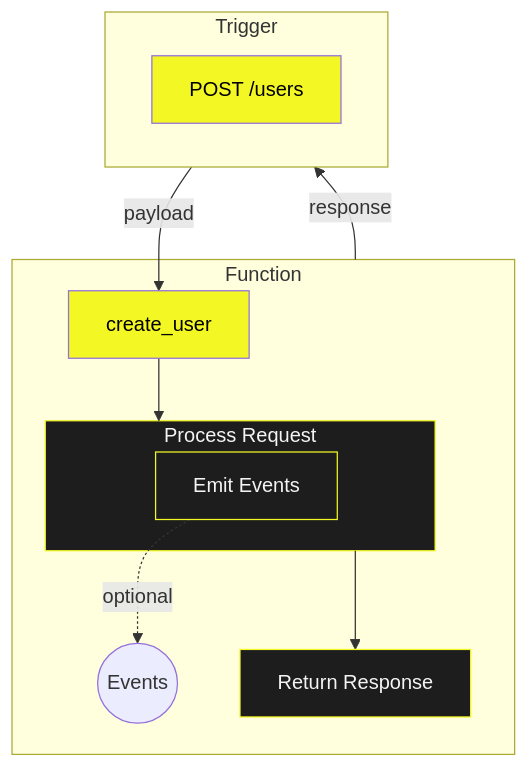
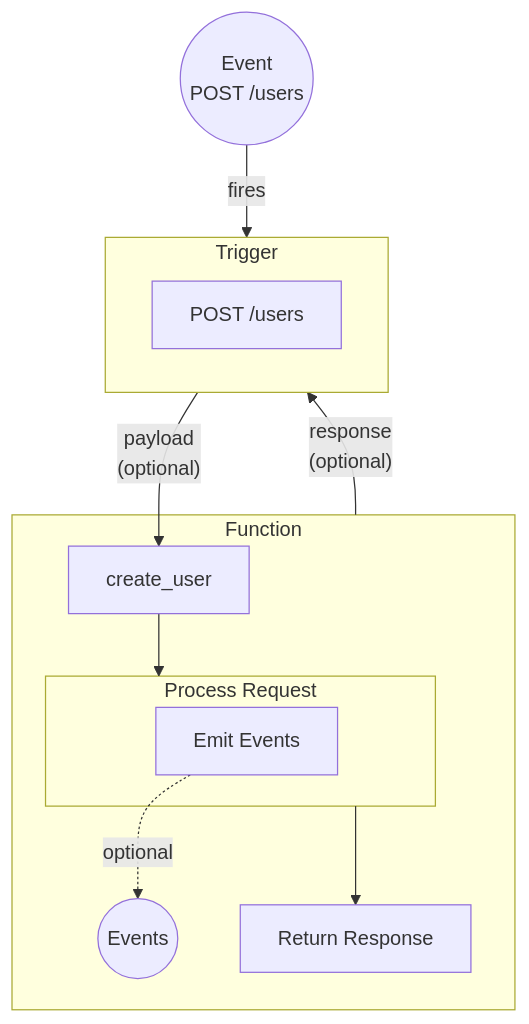
Before and after one commit to iii-hq/docs: the diagram in content/concepts/functions.mdx, drawn with Mermaid. The commit also changed other lines of this file and 4 other files, not shown here.

Commit message:
mermaid chart revisions from events to engine

````diff
--- a/content/concepts/functions.mdx
+++ b/content/concepts/functions.mdx
@@ -13,26 +15,22 @@
 ```mermaid
 graph TB
     subgraph Trigger[Trigger]
         Config[POST /users]
     end
 
-    Trigger -->|payload| Fn
+    Event((Event<br/>POST /users)) -->|fires| Trigger
+
+    Trigger -->|"payload<br/>(optional)"| Fn
 
     subgraph Function[Function]
         Fn[create_user]
         Fn --> P1
         subgraph P1[Process Request]
             P2[Emit Events]
         end
         P2 -.->|optional| Events((Events))
         P1 --> P3[Return Response]
     end
 
-    Function -->|response| Trigger
-
-    style Config fill:#f3f724,color:#000000
-    style Fn fill:#f3f724,color:#000000
-    style P1 fill:#1d1d1d,color:#f4f4f4,stroke:#f3f724
-    style P2 fill:#1d1d1d,color:#f4f4f4,stroke:#f3f724
-    style P3 fill:#1d1d1d,color:#f4f4f4,stroke:#f3f724
+    Function -->|"response<br/>(optional)"| Trigger
 ```
````
